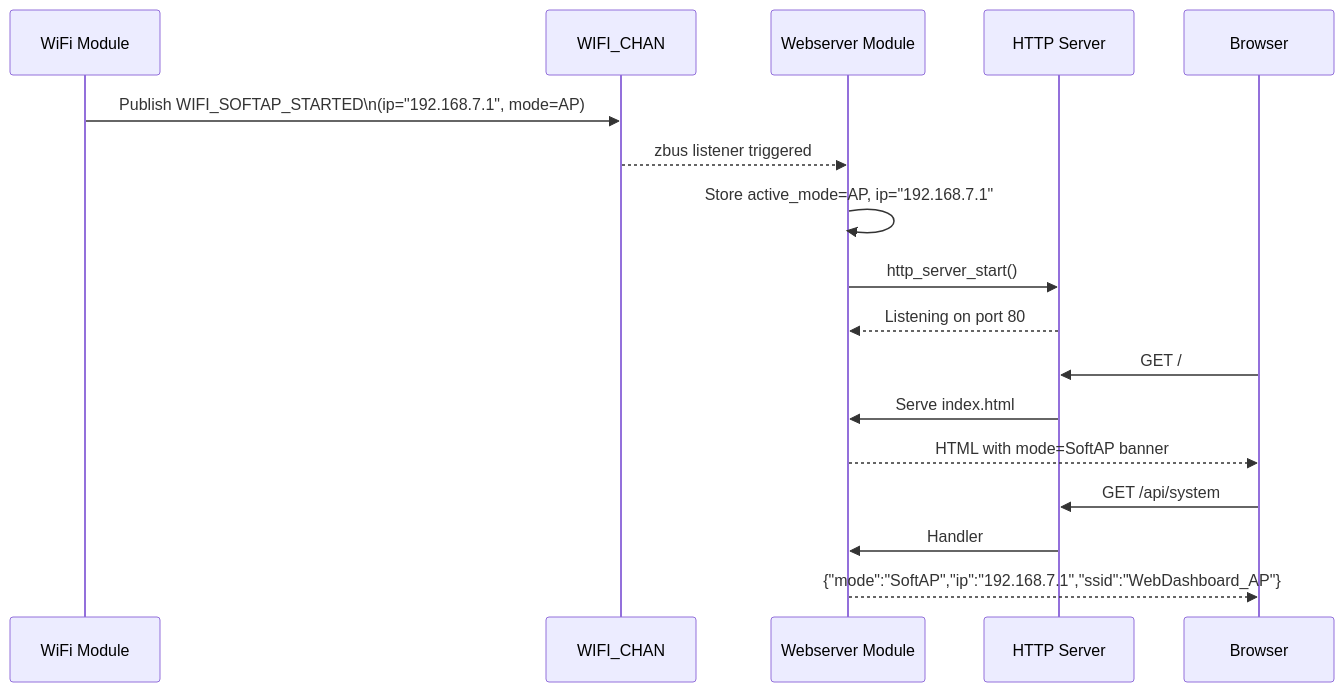
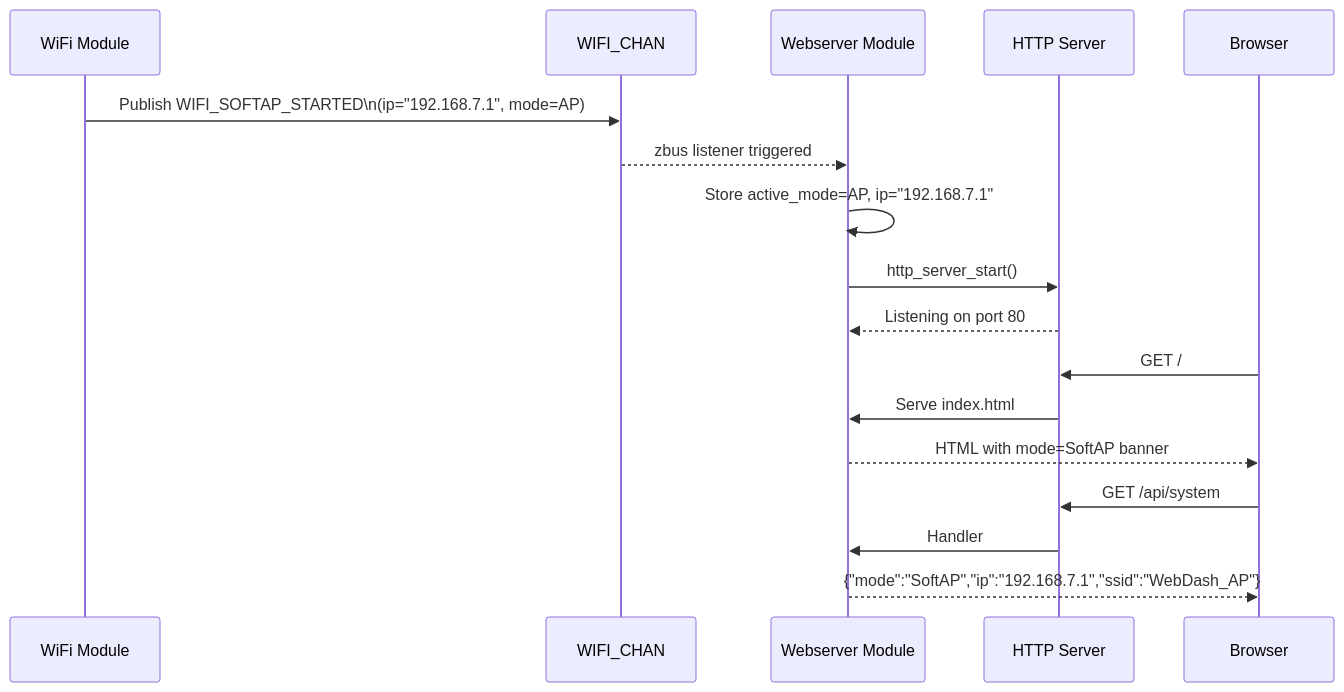
Before and after one commit to chshzh/nordic-wifi-webdash: the diagram in pm/openspec/specs/webserver-module.md, drawn with Mermaid. The commit also changed other lines of this file and 6 other files, not shown here.

First line of the commit message:
chore: rename SoftAP SSID to WebDash_AP and mDNS hostname to nrfwebdash

````diff
--- a/pm/openspec/specs/webserver-module.md
+++ b/pm/openspec/specs/webserver-module.md
@@ -139,22 +139,22 @@
 ```mermaid
 sequenceDiagram
     participant WiFi as WiFi Module
     participant WIFI_CHAN
     participant Web as Webserver Module
     participant HTTP as HTTP Server
     participant Browser
 
     WiFi->>WIFI_CHAN: Publish WIFI_SOFTAP_STARTED\n(ip="192.168.7.1", mode=AP)
     WIFI_CHAN-->>Web: zbus listener triggered
     Web->>Web: Store active_mode=AP, ip="192.168.7.1"
     Web->>HTTP: http_server_start()
     HTTP-->>Web: Listening on port 80
 
     Browser->>HTTP: GET /
     HTTP->>Web: Serve index.html
     Web-->>Browser: HTML with mode=SoftAP banner
 
     Browser->>HTTP: GET /api/system
     HTTP->>Web: Handler
-    Web-->>Browser: {"mode":"SoftAP","ip":"192.168.7.1","ssid":"WebDashboard_AP"}
+    Web-->>Browser: {"mode":"SoftAP","ip":"192.168.7.1","ssid":"WebDash_AP"}
 ```
````
